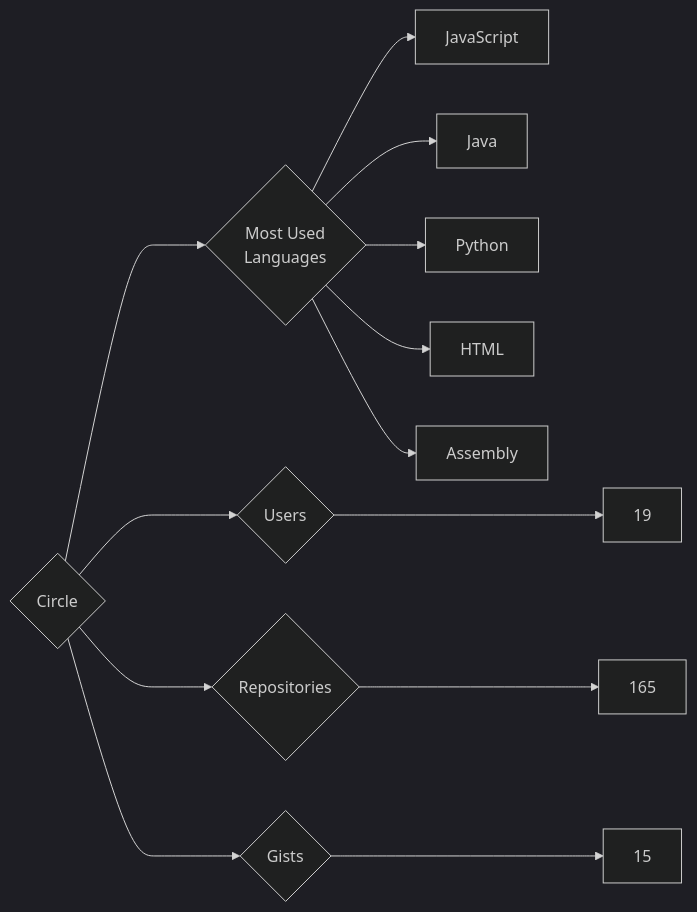
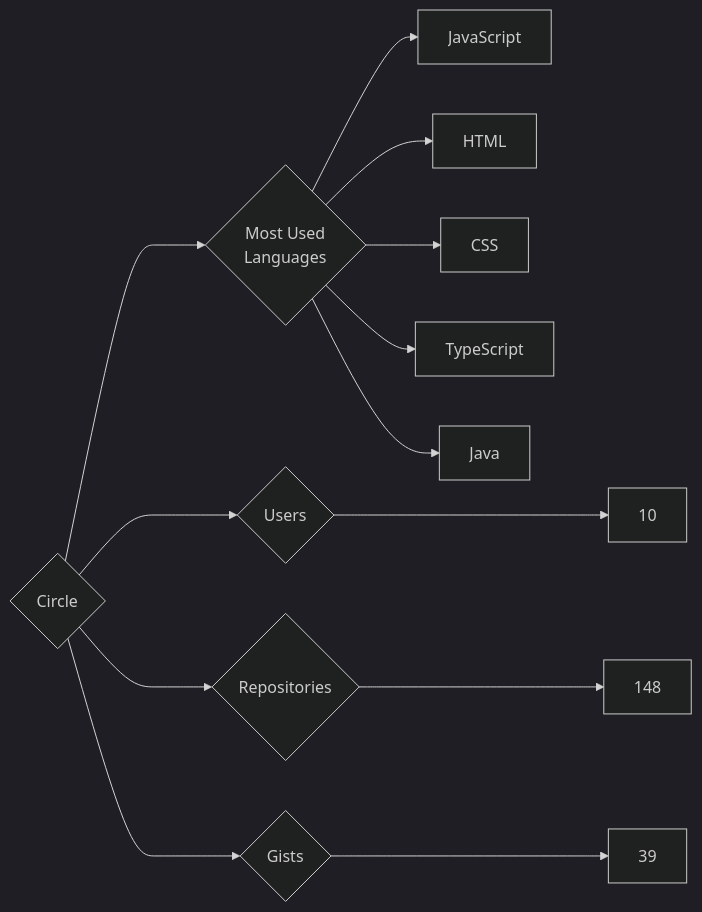
One commit to trickest/insiders changed the diagram in targets/Circle/README.md. Above: the diagram before and after it, drawn with Mermaid (dark theme). The commit also changed 681 other files, not shown here.

````diff
--- a/targets/Circle/README.md
+++ b/targets/Circle/README.md
@@ -3,13 +3,13 @@
 ```mermaid
 graph LR
 COMPANY_NAME{Circle}
-COMPANY_NAME ---> U{Users} ---> UN[19]
-COMPANY_NAME ---> R{Repositories} ---> RN[165]
-COMPANY_NAME ---> G{Gists} ---> GN[15]
+COMPANY_NAME ---> U{Users} ---> UN[10]
+COMPANY_NAME ---> R{Repositories} ---> RN[148]
+COMPANY_NAME ---> G{Gists} ---> GN[39]
 COMPANY_NAME ---> ML{Most Used<br>Languages}
 ML --> JavaScript[JavaScript]
+ML --> HTML[HTML]
+ML --> CSS[CSS]
+ML --> TypeScript[TypeScript]
 ML --> Java[Java]
-ML --> Python[Python]
-ML --> HTML[HTML]
-ML --> Assembly[Assembly]
 ```
````
